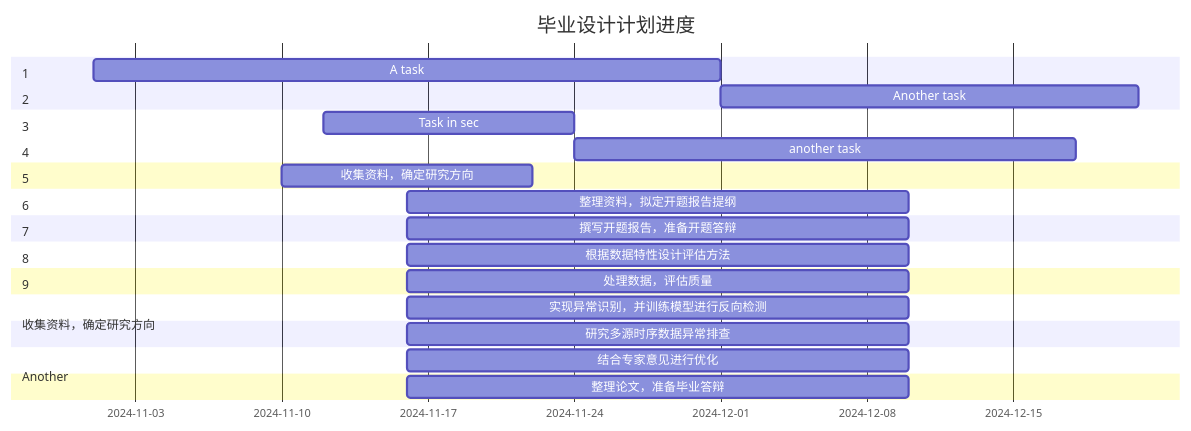
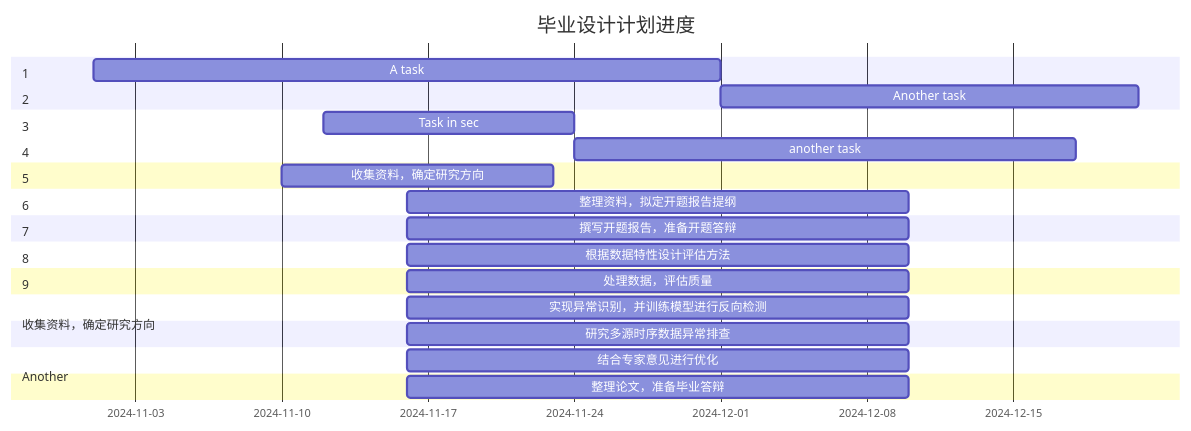
Before and after one commit to Kelseyyz/iodraw-files: the diagram in all/未命名.md, drawn with Mermaid.

Commit message:
2024-12-30 14:48:57 update

````diff
--- a/all/未命名.md
+++ b/all/未命名.md
@@ -1,38 +1,38 @@
 ```mermaid
 gantt
     title 毕业设计计划进度
     dateFormat  YYYY-MM-DD
     
     
 
 
     section 收集资料，确定研究方向
     A task           :a1, 2024-11-01, 30d
     Another task     :after a1  , 20d
     section Another
     Task in sec      :2024-11-12  , 12d
     another task      : 24d
 
 
     section 1
-    收集资料，确定研究方向           : 2024-11-10  , 12d
+    收集资料，确定研究方向           : 2024-11-10  , 13d
     section 2
     整理资料，拟定开题报告提纲       : 2024-11-16  , 24d
     section 3
     撰写开题报告，准备开题答辩       : 2024-11-16  , 24d
     section 4
     根据数据特性设计评估方法         : 2024-11-16  , 24d
     section 5
     处理数据，评估质量               : 2024-11-16  , 24d
     section 6
     实现异常识别，并训练模型进行反向检测    : 2024-11-16  , 24d
     section 7
     研究多源时序数据异常排查         : 2024-11-16  , 24d
     section 8
     结合专家意见进行优化             : 2024-11-16  , 24d
     section 9
     整理论文，准备毕业答辩           : 2024-11-16  , 24d
 
 
 
 ```
````
